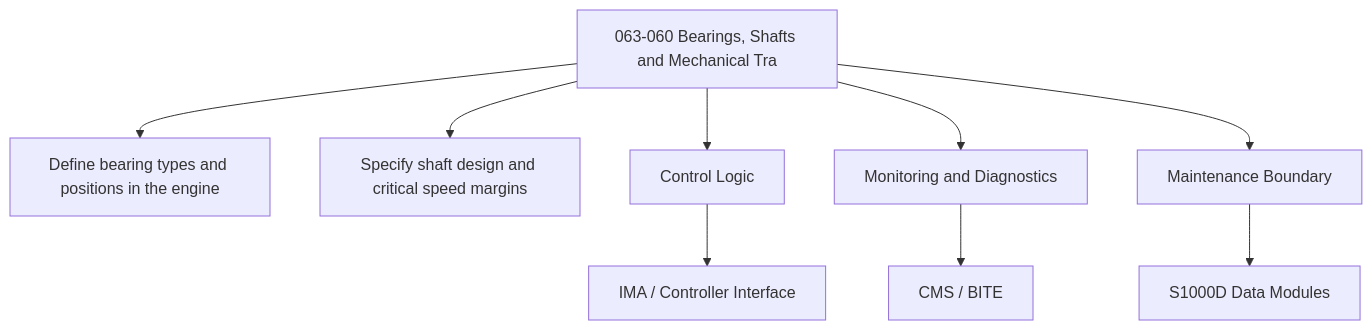
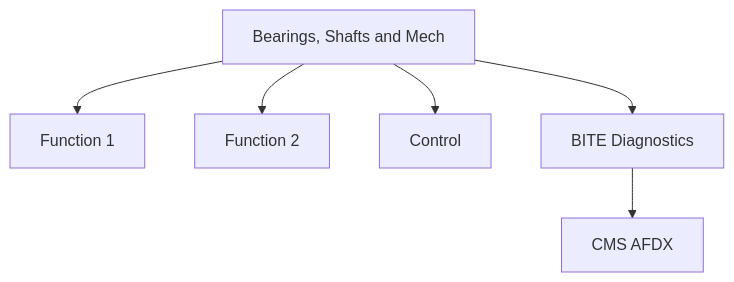
The second of 2 diagrams in Q+ATLANTIDE/000-099_ATLAS/060-069_Propulsion-Tradicional/063_Engine-Turbine/063-060-Bearings-Shafts-and-Mechanical-Transmission.md (AmedeoPelliccia/Qplus-For-All-Queer-People-and-Quantum), drawn with Mermaid before and after one commit. The commit also changed other lines of this file and 74 other files, not shown here.

````diff
--- a/Q+ATLANTIDE/000-099_ATLAS/060-069_Propulsion-Tradicional/063_Engine-Turbine/063-060-Bearings-Shafts-and-Mechanical-Transmission.md
+++ b/Q+ATLANTIDE/000-099_ATLAS/060-069_Propulsion-Tradicional/063_Engine-Turbine/063-060-Bearings-Shafts-and-Mechanical-Transmission.md
@@ -172,11 +96,8 @@
 ```mermaid
 flowchart TB
-    SYS[063-060 Bearings, Shafts and Mechanical Tra] --> F1[Define bearing types and positions in the engine]
-    SYS --> F2[Specify shaft design and critical speed margins]
-    SYS --> CTRL[Control Logic]
-    SYS --> MON[Monitoring and Diagnostics]
-    SYS --> MAINT[Maintenance Boundary]
-    CTRL --> IMA[IMA / Controller Interface]
-    MON --> CMS[CMS / BITE]
-    MAINT --> CSDB[S1000D Data Modules]
+    SYS[Bearings, Shafts and Mech] --> F1[Function 1]
+    SYS --> F2[Function 2]
+    SYS --> CTRL[Control]
+    SYS --> MON[BITE Diagnostics]
+    MON --> CMS[CMS AFDX]
 ```
````
